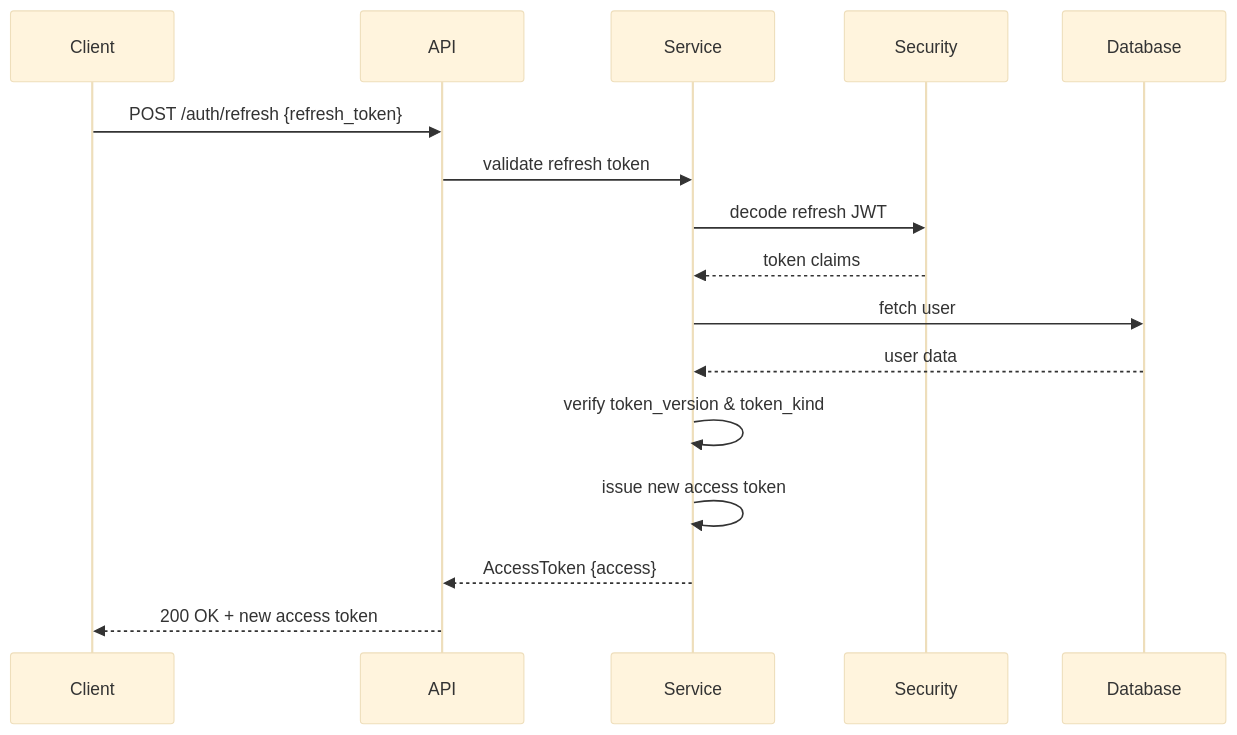
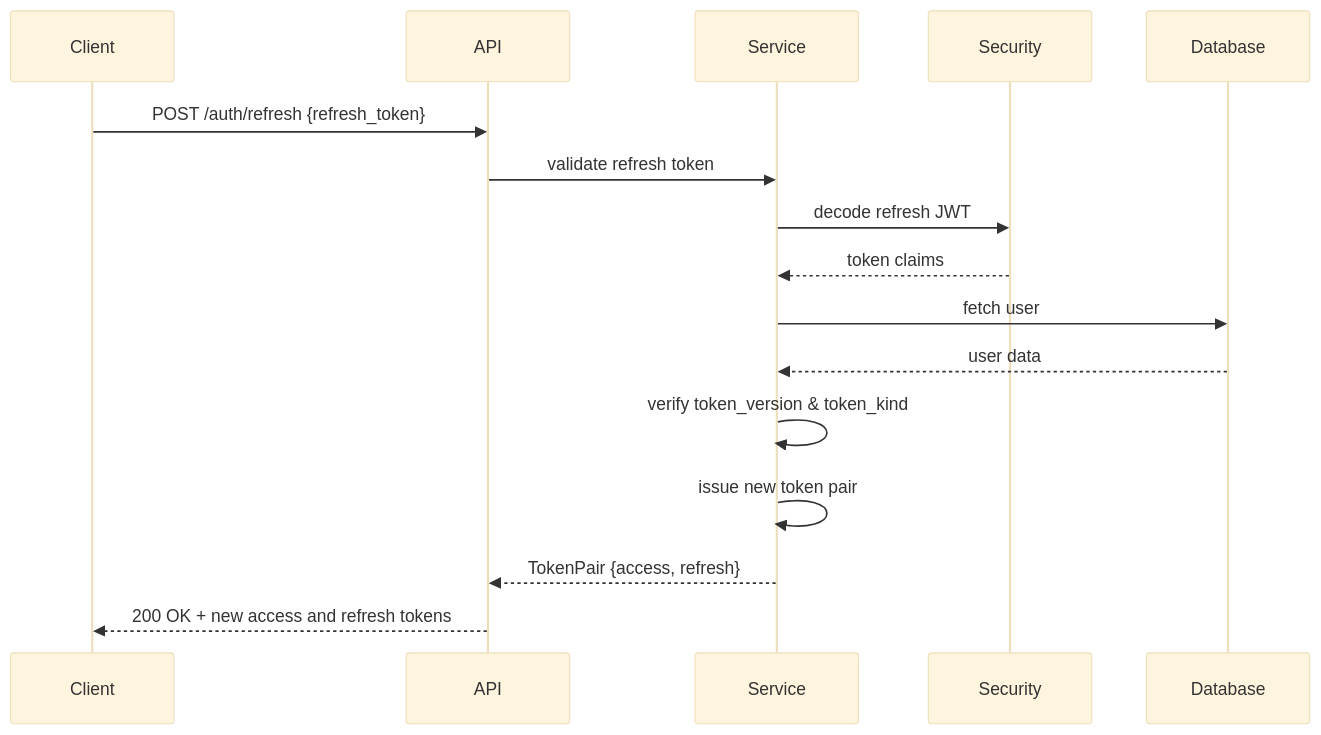
One commit to bbq-gmbh/backend changed the fourth of 6 diagrams in docs/authentication.md. Above: the diagram before and after it, drawn with Mermaid (base theme). The commit also changed other lines of this file and 2 other files, not shown here.

Commit message:
Refactor authentication endpoints to return token pairs and update related tests and documentation

````diff
--- a/docs/authentication.md
+++ b/docs/authentication.md
@@ -79,13 +79,13 @@
 ```mermaid
 sequenceDiagram
     Client->>API: POST /auth/refresh {refresh_token}
     API->>Service: validate refresh token
     Service->>Security: decode refresh JWT
     Security-->>Service: token claims
     Service->>Database: fetch user
     Database-->>Service: user data
     Service->>Service: verify token_version & token_kind
-    Service->>Service: issue new access token
-    Service-->>API: AccessToken {access}
-    API-->>Client: 200 OK + new access token
+    Service->>Service: issue new token pair
+    Service-->>API: TokenPair {access, refresh}
+    API-->>Client: 200 OK + new access and refresh tokens
 ```
````
